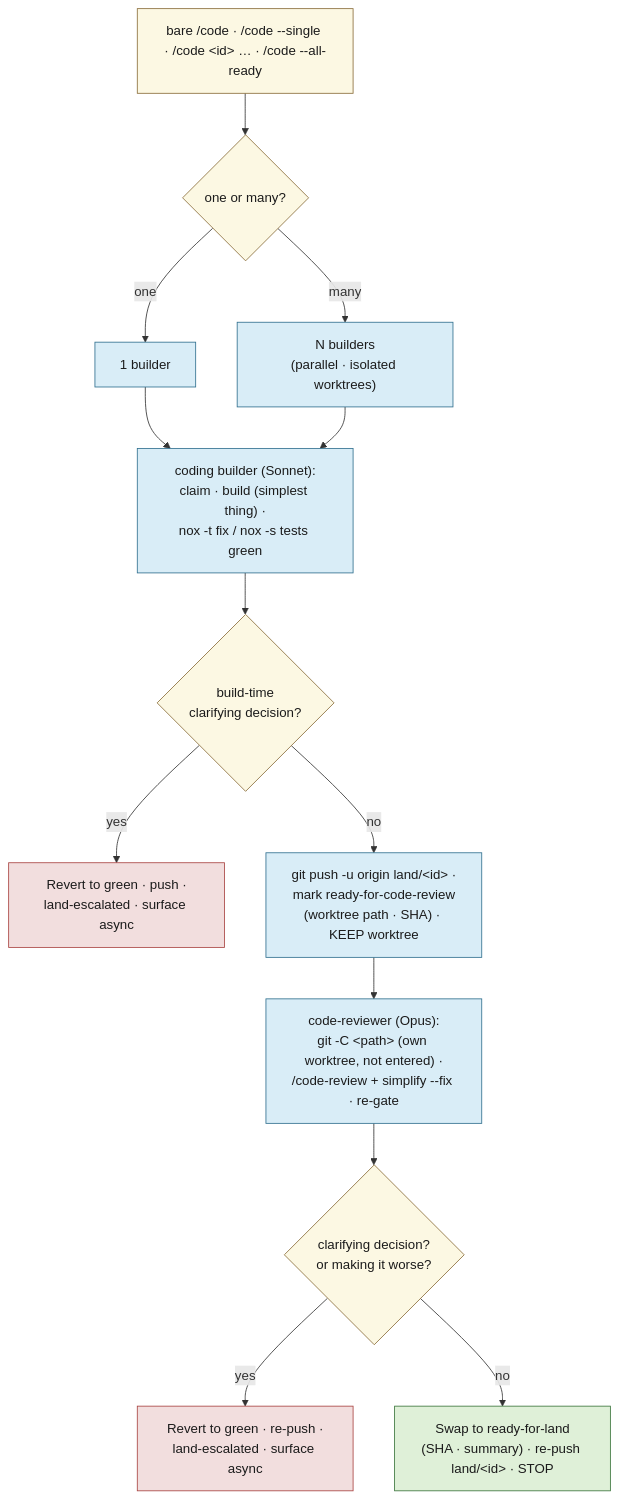
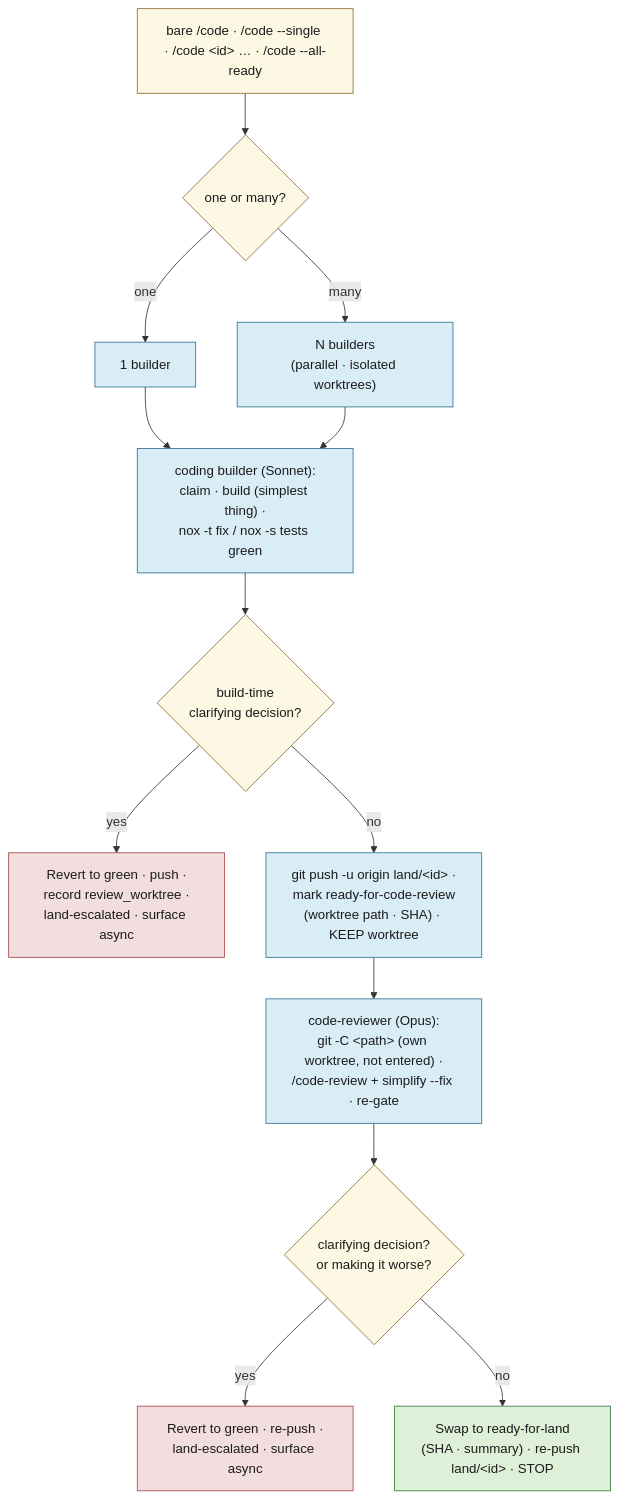
Before and after one commit to bildzeitung/lode: the third of 4 diagrams in docs/agents-workflow.md, drawn with Mermaid. The commit also changed other lines of this file and 3 other files, not shown here.

````diff
--- a/docs/agents-workflow.md
+++ b/docs/agents-workflow.md
@@ -367,26 +367,26 @@
 ```mermaid
 flowchart TD
     INV["bare /code · /code --single · /code &lt;id&gt; … · /code --all-ready"] --> N{"one or many?"}
     N -->|"one"| ONE["1 builder"]
     N -->|"many"| FAN["N builders<br>(parallel · isolated worktrees)"]
     ONE --> BUILD["coding builder (Sonnet):<br>claim · build (simplest thing) ·<br>nox -t fix / nox -s tests green"]
     FAN --> BUILD
     BUILD --> BESC{"build-time<br>clarifying decision?"}
-    BESC -->|"yes"| BHOLD["Revert to green · push ·<br>land-escalated · surface async"]
+    BESC -->|"yes"| BHOLD["Revert to green · push ·<br>record review_worktree ·<br>land-escalated · surface async"]
     BESC -->|"no"| PUSH["git push -u origin land/&lt;id&gt; ·<br>mark ready-for-code-review<br>(worktree path · SHA) · KEEP worktree"]
     PUSH --> REV["code-reviewer (Opus):<br>git -C &lt;path&gt; (own worktree, not entered) ·<br>/code-review + simplify --fix · re-gate"]
     REV --> RESC{"clarifying decision?<br>or making it worse?"}
     RESC -->|"yes"| RHOLD["Revert to green · re-push ·<br>land-escalated · surface async"]
     RESC -->|"no"| MARK["Swap to ready-for-land<br>(SHA · summary) · re-push land/&lt;id&gt; · STOP"]
 
     classDef start fill:#fcf8e3,stroke:#8a6d3b,color:#1b1b1b;
     classDef work fill:#d9edf7,stroke:#31708f,color:#1b1b1b;
     classDef gate fill:#fcf8e3,stroke:#8a6d3b,color:#1b1b1b;
     classDef bad fill:#f2dede,stroke:#a94442,color:#1b1b1b;
     classDef good fill:#dff0d8,stroke:#3c763d,color:#1b1b1b;
     class INV,N start;
     class ONE,FAN,BUILD,PUSH,REV work;
     class BESC,RESC gate;
     class BHOLD,RHOLD bad;
     class MARK good;
 ```
````
